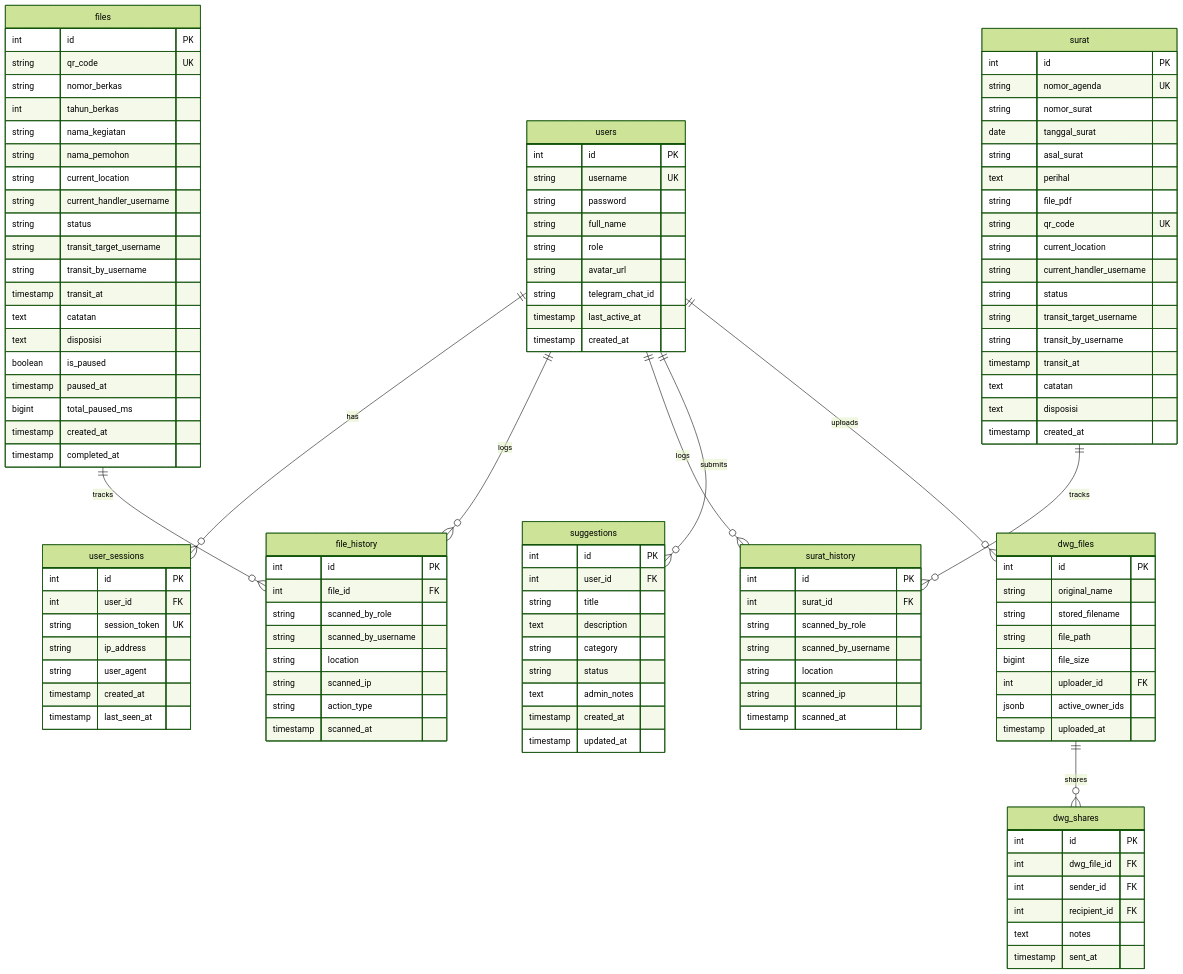
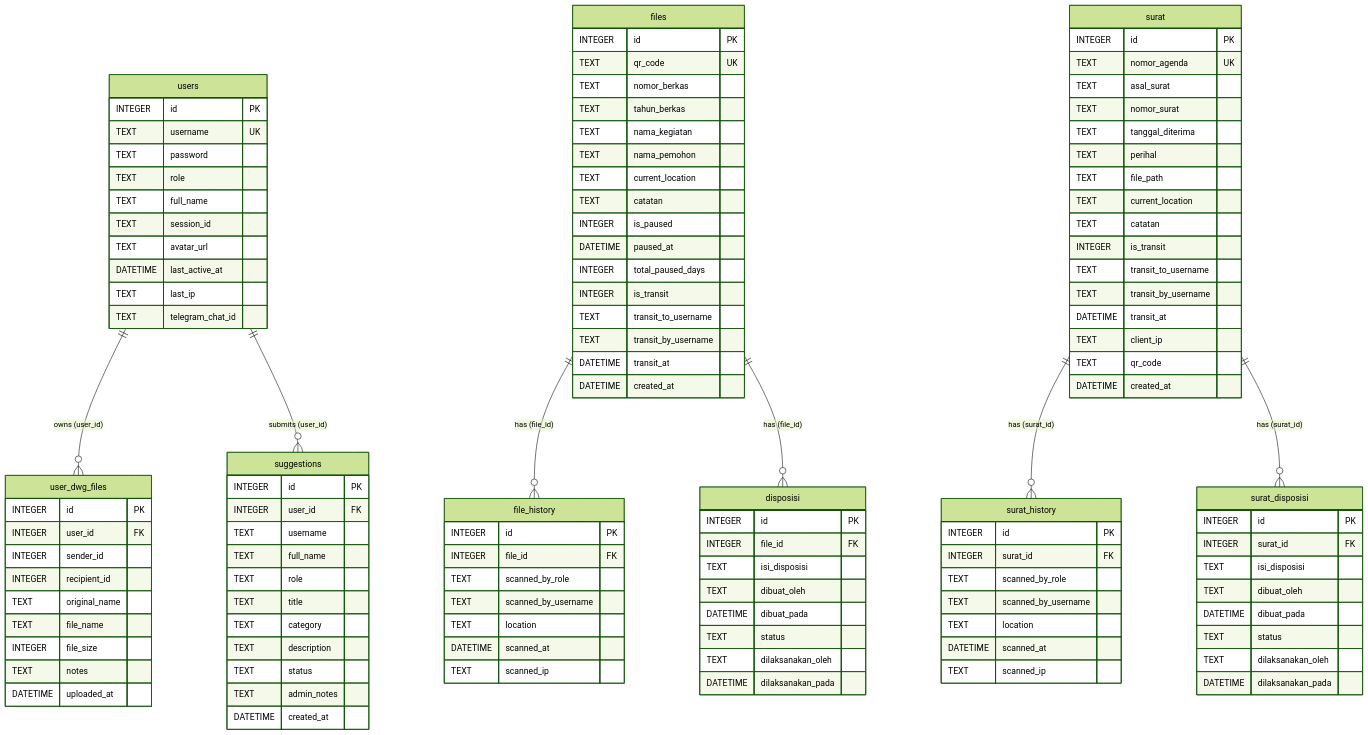
Before and after one commit to dicoandilasuhanda/pantau-kantah-tangsel: the diagram in HANDOVER_PANTAU_KANTAH.md, drawn with Mermaid (forest theme). The commit also changed other lines of this file, not shown here.

````diff
--- a/HANDOVER_PANTAU_KANTAH.md
+++ b/HANDOVER_PANTAU_KANTAH.md
@@ -148,128 +208,128 @@
 ```mermaid
 erDiagram
-    users ||--o{ user_sessions : has
-    users ||--o{ file_history : logs
-    users ||--o{ surat_history : logs
-    users ||--o{ suggestions : submits
-    users ||--o{ dwg_files : uploads
-    files ||--o{ file_history : tracks
-    surat ||--o{ surat_history : tracks
-    dwg_files ||--o{ dwg_shares : shares
+    users ||--o{ user_dwg_files : "owns (user_id)"
+    users ||--o{ suggestions : "submits (user_id)"
+    files ||--o{ file_history : "has (file_id)"
+    files ||--o{ disposisi : "has (file_id)"
+    surat ||--o{ surat_history : "has (surat_id)"
+    surat ||--o{ surat_disposisi : "has (surat_id)"
 
     users {
-        int id PK
-        string username UK
-        string password
-        string full_name
-        string role
-        string avatar_url
-        string telegram_chat_id
-        timestamp last_active_at
-        timestamp created_at
-    }
-
-    user_sessions {
-        int id PK
-        int user_id FK
-        string session_token UK
-        string ip_address
-        string user_agent
-        timestamp created_at
-        timestamp last_seen_at
+        INTEGER id PK
+        TEXT username UK
+        TEXT password
+        TEXT role
+        TEXT full_name
+        TEXT session_id
+        TEXT avatar_url
+        DATETIME last_active_at
+        TEXT last_ip
+        TEXT telegram_chat_id
     }
 
     files {
-        int id PK
-        string qr_code UK
-        string nomor_berkas
-        int tahun_berkas
-        string nama_kegiatan
-        string nama_pemohon
-        string current_location
-        string current_handler_username
-        string status
-        string transit_target_username
-        string transit_by_username
-        timestamp transit_at
-        text catatan
-        text disposisi
-        boolean is_paused
-        timestamp paused_at
-        bigint total_paused_ms
-        timestamp created_at
-        timestamp completed_at
+        INTEGER id PK
+        TEXT qr_code UK
+        TEXT nomor_berkas
+        TEXT tahun_berkas
+        TEXT nama_kegiatan
+        TEXT nama_pemohon
+        TEXT current_location
+        TEXT catatan
+        INTEGER is_paused
+        DATETIME paused_at
+        INTEGER total_paused_days
+        INTEGER is_transit
+        TEXT transit_to_username
+        TEXT transit_by_username
+        DATETIME transit_at
+        DATETIME created_at
     }
 
     file_history {
-        int id PK
-        int file_id FK
-        string scanned_by_role
-        string scanned_by_username
-        string location
-        string scanned_ip
-        string action_type
-        timestamp scanned_at
+        INTEGER id PK
+        INTEGER file_id FK
+        TEXT scanned_by_role
+        TEXT scanned_by_username
+        TEXT location
+        DATETIME scanned_at
+        TEXT scanned_ip
+    }
+
+    disposisi {
+        INTEGER id PK
+        INTEGER file_id FK
+        TEXT isi_disposisi
+        TEXT dibuat_oleh
+        DATETIME dibuat_pada
+        TEXT status
+        TEXT dilaksanakan_oleh
+        DATETIME dilaksanakan_pada
     }
 
     surat {
-        int id PK
-        string nomor_agenda UK
-        string nomor_surat
-        date tanggal_surat
-        string asal_surat
-        text perihal
-        string file_pdf
-        string qr_code UK
-        string current_location
-        string current_handler_username
-        string status
-        string transit_target_username
-        string transit_by_username
-        timestamp transit_at
-        text catatan
-        text disposisi
-        timestamp created_at
+        INTEGER id PK
+        TEXT nomor_agenda UK
+        TEXT asal_surat
+        TEXT nomor_surat
+        TEXT tanggal_diterima
+        TEXT perihal
+        TEXT file_path
+        TEXT current_location
+        TEXT catatan
+        INTEGER is_transit
+        TEXT transit_to_username
+        TEXT transit_by_username
+        DATETIME transit_at
+        TEXT client_ip
+        TEXT qr_code
+        DATETIME created_at
     }
 
     surat_history {
-        int id PK
-        int surat_id FK
-        string scanned_by_role
-        string scanned_by_username
-        string location
-        string scanned_ip
-        timestamp scanned_at
+        INTEGER id PK
+        INTEGER surat_id FK
+        TEXT scanned_by_role
+        TEXT scanned_by_username
+        TEXT location
+        DATETIME scanned_at
+        TEXT scanned_ip
     }
 
-    dwg_files {
-        int id PK
-        string original_name
-        string stored_filename
-        string file_path
-        bigint file_size
-        int uploader_id FK
-        jsonb active_owner_ids
-        timestamp uploaded_at
+    surat_disposisi {
+        INTEGER id PK
+        INTEGER surat_id FK
+        TEXT isi_disposisi
+        TEXT dibuat_oleh
+        DATETIME dibuat_pada
+        TEXT status
+        TEXT dilaksanakan_oleh
+        DATETIME dilaksanakan_pada
     }
 
-    dwg_shares {
-        int id PK
-        int dwg_file_id FK
-        int sender_id FK
-        int recipient_id FK
-        text notes
-        timestamp sent_at
+    user_dwg_files {
+        INTEGER id PK
+        INTEGER user_id FK
+        INTEGER sender_id
+        INTEGER recipient_id
+        TEXT original_name
+        TEXT file_name
+        INTEGER file_size
+        TEXT notes
+        DATETIME uploaded_at
     }
 
     suggestions {
-        int id PK
-        int user_id FK
-        string title
-        text description
-        string category
-        string status
-        text admin_notes
-        timestamp created_at
-        timestamp updated_at
+        INTEGER id PK
+        INTEGER user_id FK
+        TEXT username
+        TEXT full_name
+        TEXT role
+        TEXT title
+        TEXT category
+        TEXT description
+        TEXT status
+        TEXT admin_notes
+        DATETIME created_at
     }
 ```
````
